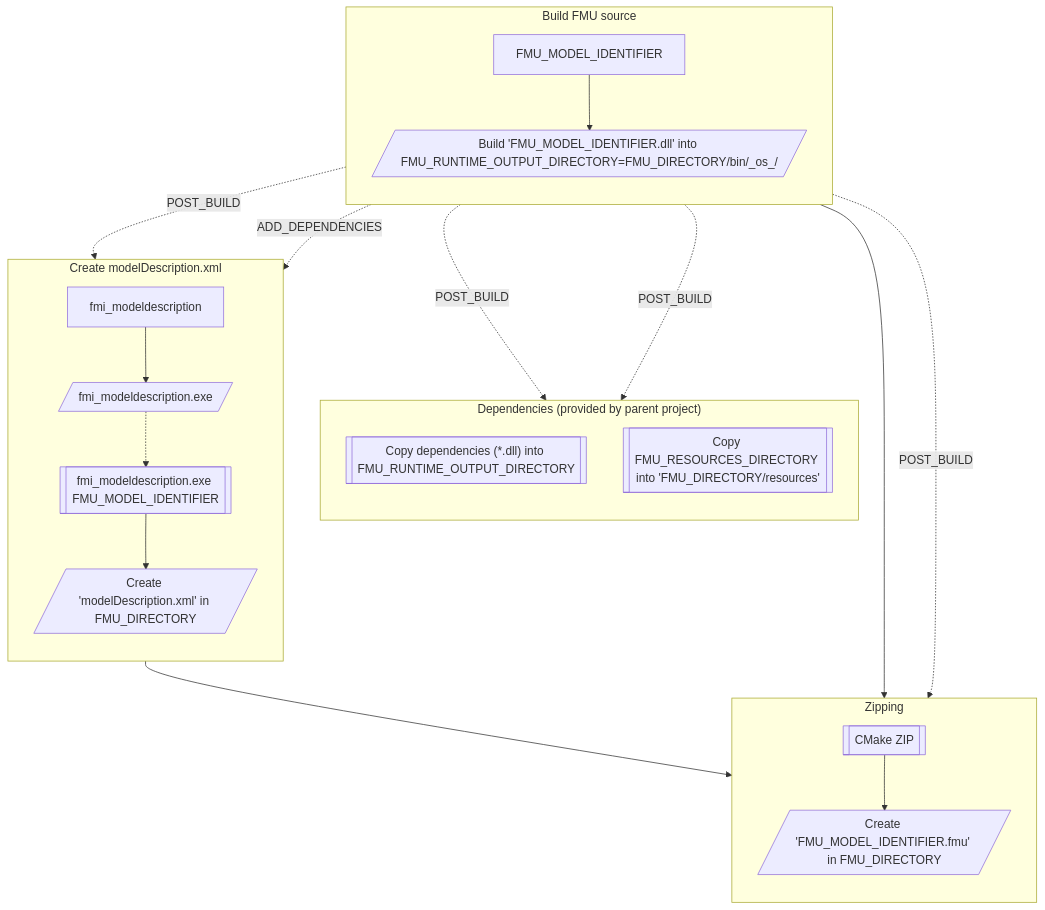
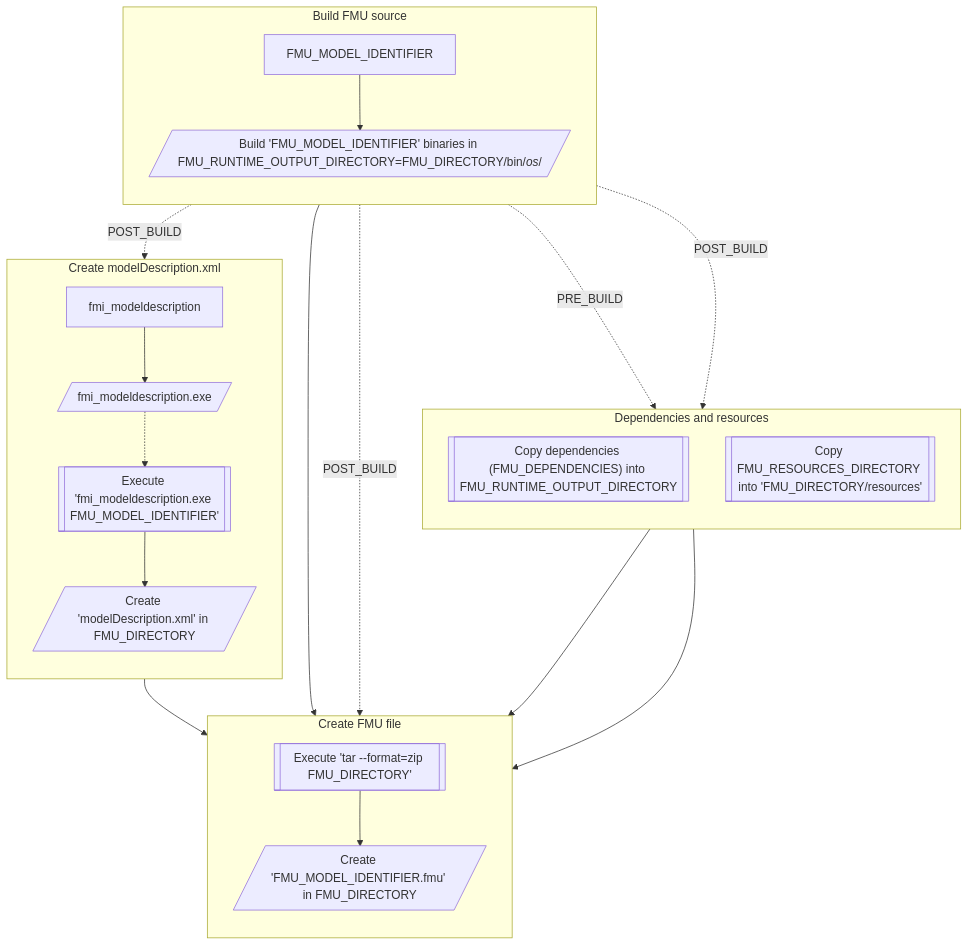
The second of 3 diagrams in README.md (DigitalDynamicsLab/fmu_tools), drawn with Mermaid before and after one commit. The commit also changed other lines of this file and 1 other file, not shown here.

Commit message:
Minor tweaks to diagrams in README file

````diff
--- a/README.md
+++ b/README.md
@@ -119,29 +126,30 @@
 ```mermaid
 flowchart TB
-    subgraph DEPENDENCIES_target["Dependencies (provided by parent project)"]
+    subgraph DEPENDENCIES_target["Dependencies and resources"]
     direction TB
-    COPY_LIB[["`Copy dependencies (*.dll) into FMU_RUNTIME_OUTPUT_DIRECTORY`"]]
+    COPY_LIB[["`Copy dependencies (FMU_DEPENDENCIES) into FMU_RUNTIME_OUTPUT_DIRECTORY`"]]
     COPY_RESOURCES[["`Copy FMU_RESOURCES_DIRECTORY into 'FMU_DIRECTORY/resources'`"]]
     end
     subgraph FMU_MODEL_IDENTIFIER_target[Build FMU source]
     direction TB
-    FMU_MODEL_IDENTIFIER-->FMU_MI_OUTPUT[/"Build 'FMU_MODEL_IDENTIFIER.dll' into FMU_RUNTIME_OUTPUT_DIRECTORY=FMU_DIRECTORY/bin/_os_/"/]
+    FMU_MODEL_IDENTIFIER-->FMU_MI_OUTPUT[/"`Build 'FMU_MODEL_IDENTIFIER' binaries in FMU_RUNTIME_OUTPUT_DIRECTORY=FMU_DIRECTORY/bin/_os_/`"/]
     end
     subgraph modelDescriptionGen[Create modelDescription.xml]
     direction TB
     fmi_modeldescription_build["fmi_modeldescription"]-->fmi_modeldescription_output[/"fmi_modeldescription.exe"/]
-    fmi_modeldescription[["`fmi_modeldescription.exe FMU_MODEL_IDENTIFIER`"]]-->MODEL_DESCRIPTION[/"Create 'modelDescription.xml' in FMU_DIRECTORY"/]
+    fmi_modeldescription[["Execute 'fmi_modeldescription.exe FMU_MODEL_IDENTIFIER'"]]-->MODEL_DESCRIPTION[/"Create 'modelDescription.xml' in FMU_DIRECTORY"/]
     fmi_modeldescription_output -.-> fmi_modeldescription
     end
-    subgraph zip_procedure["Zipping"]
+    subgraph zip_procedure["Create FMU file"]
     direction TB
-    ZIP[["CMake ZIP"]]-->FMU_MODEL_IDENTIFIER_ZIP[/"Create 'FMU_MODEL_IDENTIFIER.fmu' in FMU_DIRECTORY"/]
+    ZIP[["Execute 'tar --format=zip FMU_DIRECTORY'"]]-->FMU_MODEL_IDENTIFIER_ZIP[/"Create 'FMU_MODEL_IDENTIFIER.fmu' in FMU_DIRECTORY"/]
     end
     FMU_MI_OUTPUT --> ZIP
     MODEL_DESCRIPTION --> ZIP
+    COPY_LIB --> ZIP
+    COPY_RESOURCES --> ZIP
     FMU_MODEL_IDENTIFIER -.->|POST_BUILD| fmi_modeldescription
     FMU_MODEL_IDENTIFIER -.->|POST_BUILD| ZIP
-    FMU_MODEL_IDENTIFIER -.->|POST_BUILD| COPY_LIB
+    FMU_MODEL_IDENTIFIER -.->|PRE_BUILD| COPY_LIB
     FMU_MODEL_IDENTIFIER -.->|POST_BUILD| COPY_RESOURCES
-    FMU_MODEL_IDENTIFIER -.->|ADD_DEPENDENCIES| fmi_modeldescription_build
 ```
````
